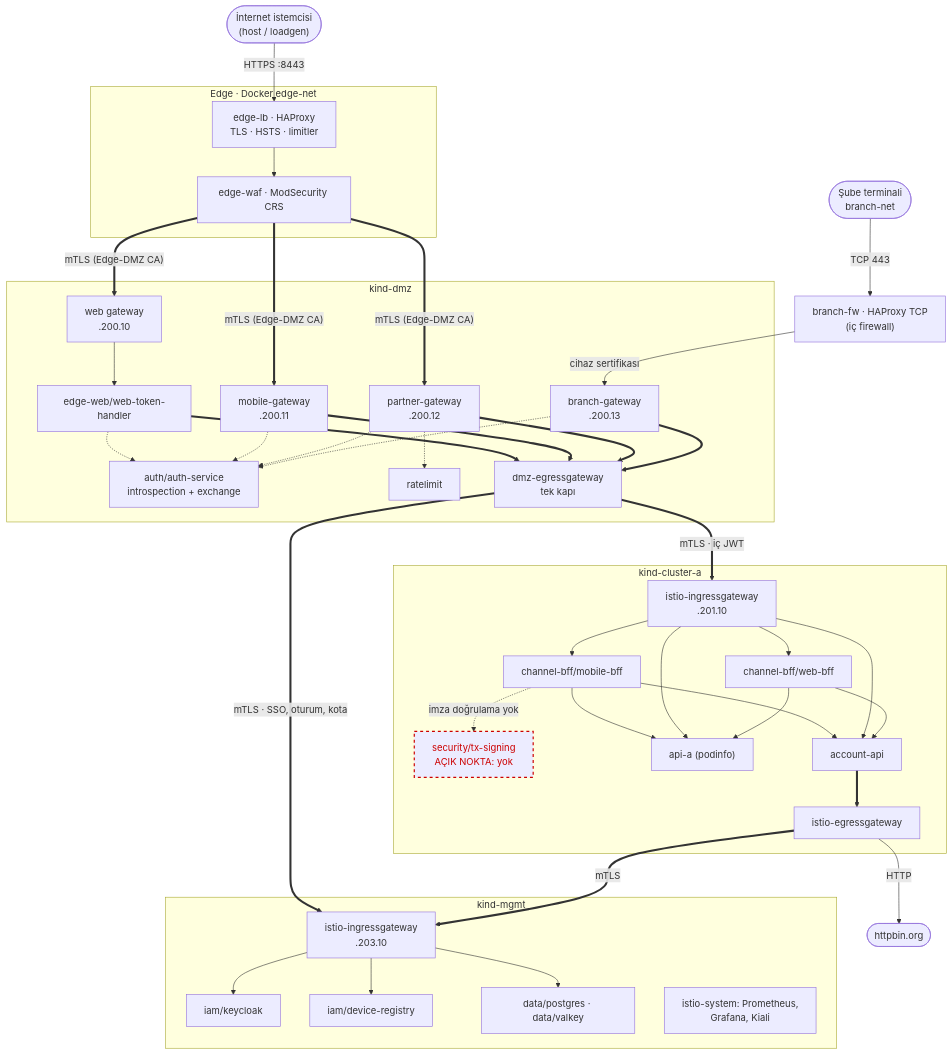
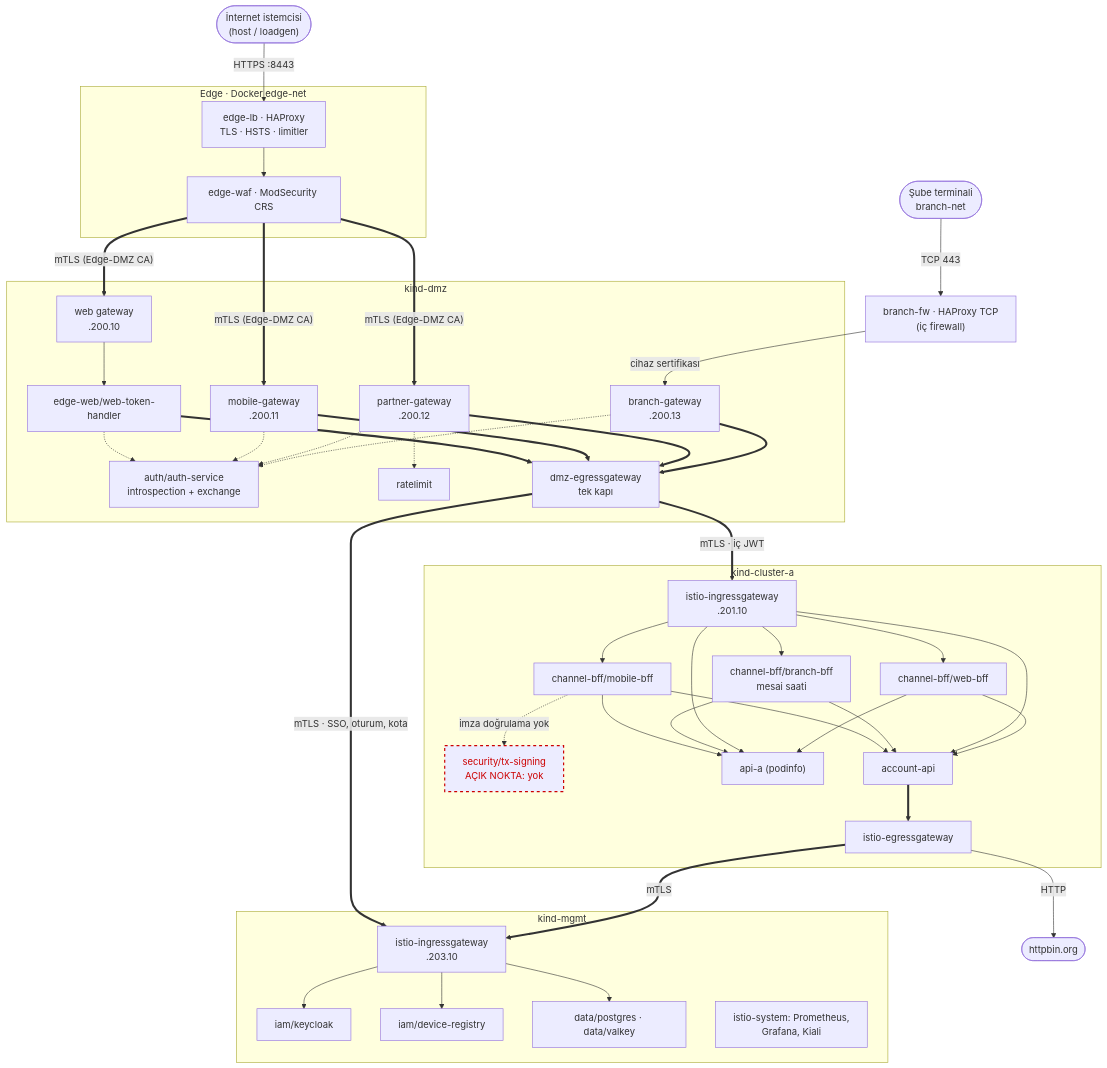
The first of 5 diagrams in docs/pilot-architecture.md (olgunyldz/service-mesh-lab), drawn with Mermaid before and after one commit. The commit also changed other lines of this file and 23 other files, not shown here.

First line of the commit message:
09e branch-controls: branch-bff, branch scope, four-eyes approval, business hours

````diff
--- a/docs/pilot-architecture.md
+++ b/docs/pilot-architecture.md
@@ -68,68 +68,72 @@
 ```mermaid
 flowchart TB
     user(["İnternet istemcisi<br/>(host / loadgen)"])
     term(["Şube terminali<br/>branch-net"])
     subgraph EDGE["Edge · Docker edge-net"]
         lb["edge-lb · HAProxy<br/>TLS · HSTS · limitler"]
         waf["edge-waf · ModSecurity CRS"]
         lb --> waf
     end
     bfw["branch-fw · HAProxy TCP<br/>(iç firewall)"]
     subgraph DMZ["kind-dmz"]
         wgw["web gateway<br/>.200.10"]
         mgw["mobile-gateway<br/>.200.11"]
         pgw["partner-gateway<br/>.200.12"]
         bgw["branch-gateway<br/>.200.13"]
         wth["edge-web/web-token-handler"]
         as["auth/auth-service<br/>introspection + exchange"]
         rl["ratelimit"]
         deg["dmz-egressgateway<br/>tek kapı"]
         wgw --> wth
         wth -.-> as
         mgw -.-> as
         pgw -.-> as
         bgw -.-> as
         pgw -.-> rl
         wth ==> deg
         mgw ==> deg
         pgw ==> deg
         bgw ==> deg
     end
     subgraph A["kind-cluster-a"]
         ig["istio-ingressgateway<br/>.201.10"]
         bff["channel-bff/web-bff"]
         mbff["channel-bff/mobile-bff"]
+        bbff["channel-bff/branch-bff<br/>mesai saati"]
         txs["security/tx-signing<br/>AÇIK NOKTA: yok"]:::open
         api["api-a (podinfo)"]
         acc["account-api"]
         aeg["istio-egressgateway"]
         ig --> bff
         ig --> mbff
         mbff --> api
         mbff --> acc
         mbff -.->|"imza doğrulama yok"| txs
+        ig --> bbff
+        bbff --> api
+        bbff --> acc
         ig --> api
         ig --> acc
         bff --> api
         bff --> acc
     end
     subgraph M["kind-mgmt"]
         mig["istio-ingressgateway<br/>.203.10"]
         kc["iam/keycloak"]
         dr["iam/device-registry"]
         db["data/postgres · data/valkey"]
         obs["istio-system: Prometheus,<br/>Grafana, Kiali"]
         mig --> kc
         mig --> dr
         mig --> db
     end
     user -->|"HTTPS :8443"| lb
     waf ==>|"mTLS (Edge-DMZ CA)"| wgw & mgw & pgw
     term -->|"TCP 443"| bfw -->|"cihaz sertifikası"| bgw
     deg ==>|"mTLS · iç JWT"| ig
     deg ==>|"mTLS · SSO, oturum, kota"| mig
     acc ==> aeg
     aeg ==>|"mTLS"| mig
     aeg -->|"HTTP"| net(["httpbin.org"])
     classDef open stroke:#c00,stroke-width:2px,stroke-dasharray:5 5,color:#c00
 ```
````
